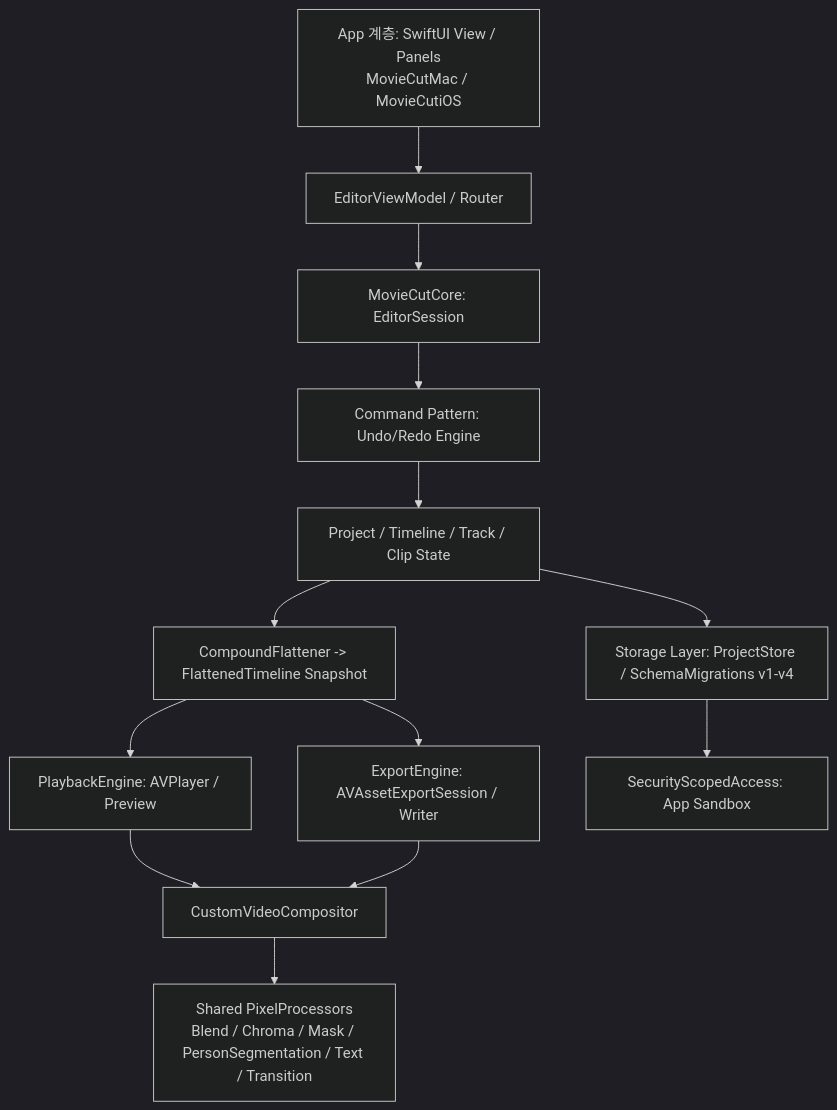
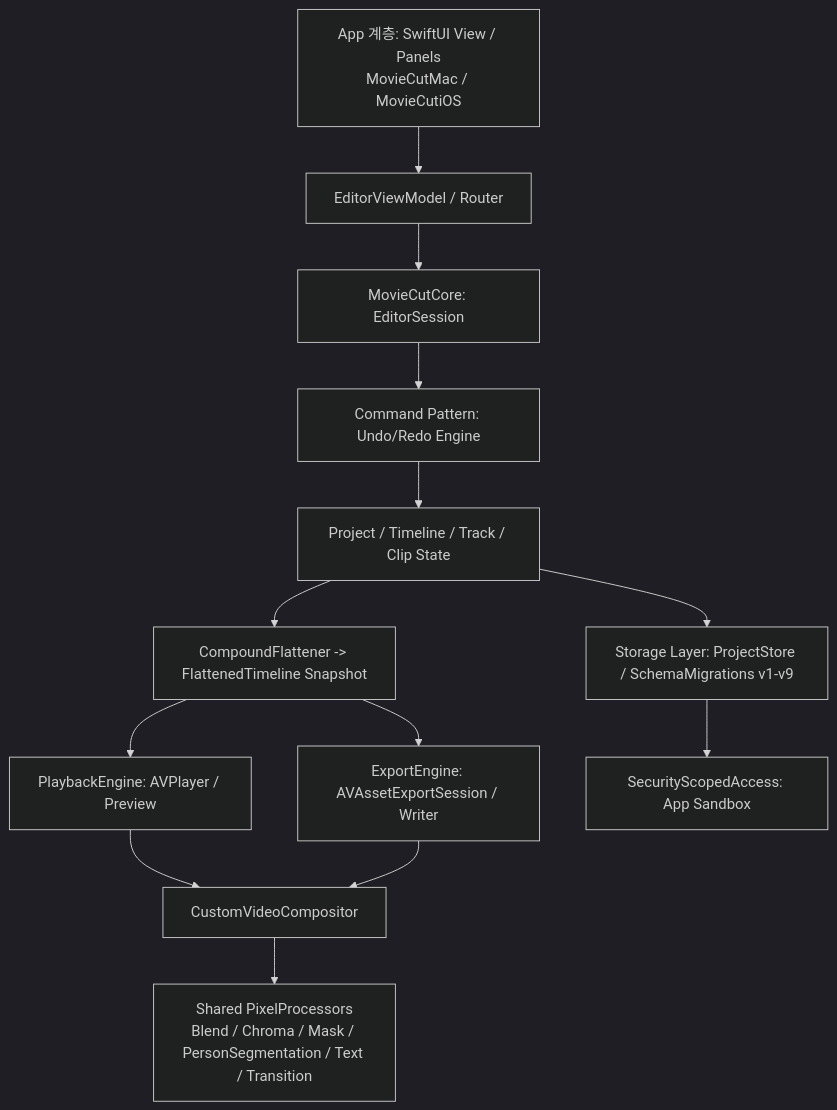
Before and after one commit to cool25th/movie_cut: the diagram in docs/ARCHITECTURE.md, drawn with Mermaid (dark theme). The commit also changed other lines of this file and 42 other files, not shown here.

````diff
--- a/docs/ARCHITECTURE.md
+++ b/docs/ARCHITECTURE.md
@@ -13,18 +13,18 @@
 ```mermaid
 graph TD
     UI[App 계층: SwiftUI View / Panels<br/>MovieCutMac / MovieCutiOS] --> VM[EditorViewModel / Router]
     VM --> Session[MovieCutCore: EditorSession]
     Session --> Command[Command Pattern: Undo/Redo Engine]
     Command --> Model[Project / Timeline / Track / Clip State]
     
     Model --> Flattener[CompoundFlattener -> FlattenedTimeline Snapshot]
     Flattener --> Playback[PlaybackEngine: AVPlayer / Preview]
     Flattener --> Export[ExportEngine: AVAssetExportSession / Writer]
     
     Playback --> Compositor[CustomVideoCompositor]
     Export --> Compositor
     Compositor --> SharedPixel[Shared PixelProcessors<br/>Blend / Chroma / Mask / PersonSegmentation / Text / Transition]
     
-    Model --> Storage[Storage Layer: ProjectStore / SchemaMigrations v1-v4]
+    Model --> Storage[Storage Layer: ProjectStore / SchemaMigrations v1-v9]
     Storage --> Bookmark[SecurityScopedAccess: App Sandbox]
 ```
````
